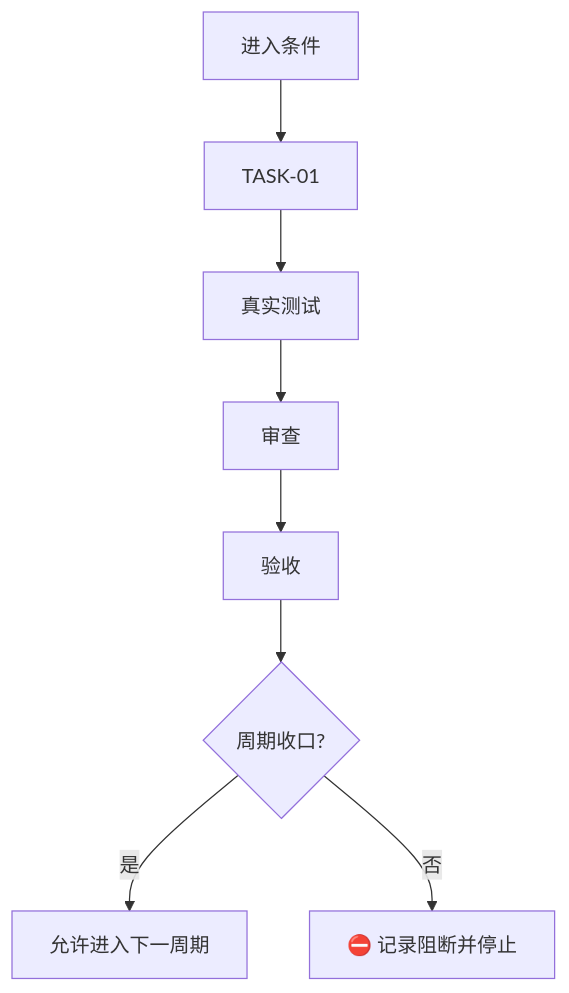
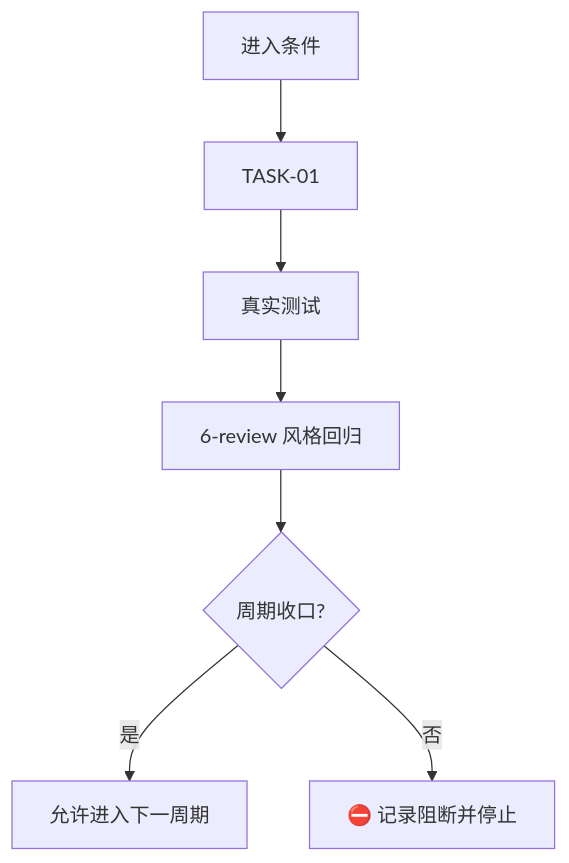
Before and after one commit to luode0320/luode-skills: the diagram in implementation-planning-rules/references/implementation-cycle-template.md, drawn with Mermaid. The commit also changed other lines of this file and 128 other files, not shown here.

````diff
--- a/implementation-planning-rules/references/implementation-cycle-template.md
+++ b/implementation-planning-rules/references/implementation-cycle-template.md
@@ -53,8 +53,8 @@
 ```mermaid
 flowchart TD
   START["进入条件"] --> T1["TASK-01"]
-  T1 --> TEST["真实测试"] --> REVIEW["审查"] --> AC["验收"]
-  AC --> CLOSE{"周期收口?"}
+  T1 --> TEST["真实测试"] --> STYLE["6-review 风格回归"]
+  STYLE --> CLOSE{"周期收口?"}
   CLOSE -->|是| END["允许进入下一周期"]
   CLOSE -->|否| BLOCK["⛔ 记录阻断并停止"]
 ```
````
